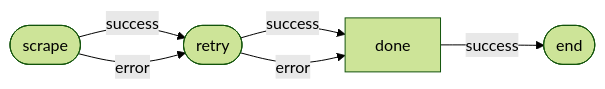
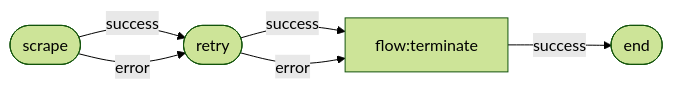
The diagram in docs/_generated/wikiScrapeDAG.mmd (Studnicky/PathRipper), drawn with Mermaid (forest theme) before and after one commit. The commit also changed 38 other files, not shown here.

```diff
--- a/docs/_generated/wikiScrapeDAG.mmd
+++ b/docs/_generated/wikiScrapeDAG.mmd
@@ -1,12 +1,12 @@
 flowchart LR
   %% wikiScrapeDAG (v2.0)
   scrape
   scrape([scrape])
   scrape -->|success| retry
   scrape -->|error| retry
   retry([retry])
-  retry -->|success| done
-  retry -->|error| done
-  done[done]
-  done -->|success| END
+  retry -->|success| flow:terminate
+  retry -->|error| flow:terminate
+  flow:terminate[flow:terminate]
+  flow:terminate -->|success| END
   END([end])
```
